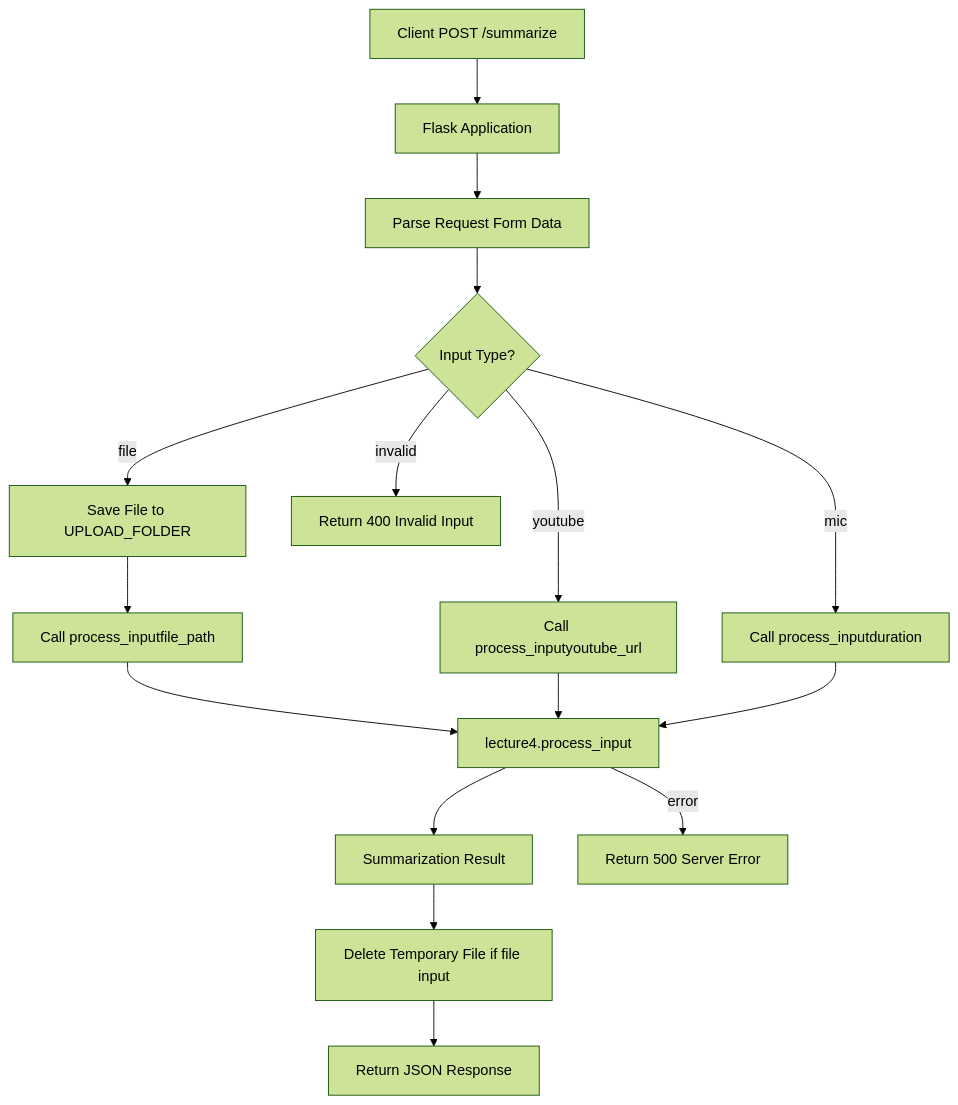
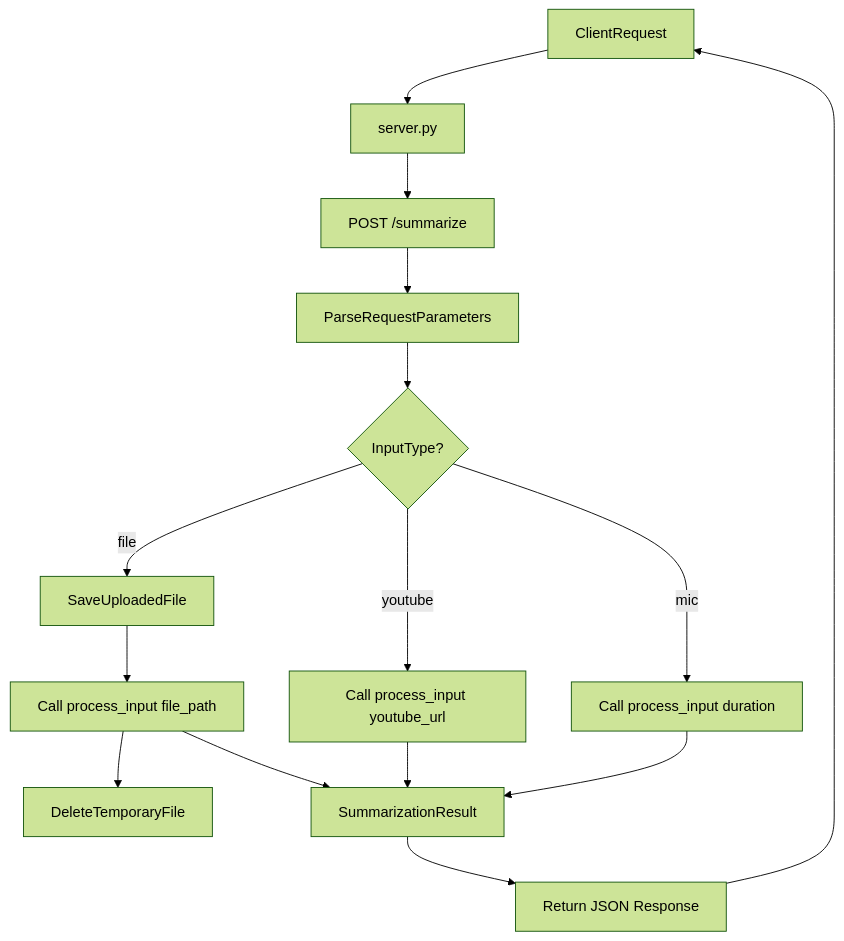
The diagram in docs/server.py.md (test-company-prowiz/Note-Summerizer), drawn with Mermaid (forest theme) before and after one commit. The commit also changed other lines of this file, not shown here.

Commit message:
docs: auto-generated documentation for docs/server.py.md

````diff
--- a/docs/server.py.md
+++ b/docs/server.py.md
@@ -46,18 +49,21 @@
 ```mermaid
 graph TD
-ClientRequest[Client POST /summarize] --> FlaskApp[Flask Application]
-FlaskApp --> RequestParsing[Parse Request Form Data]
-RequestParsing --> InputTypeCheck{Input Type?}
-InputTypeCheck -- file --> FileUpload[Save File to UPLOAD_FOLDER]
-FileUpload --> CallProcessInputFile[Call process_inputfile_path]
-InputTypeCheck -- youtube --> CallProcessInputYouTube[Call process_inputyoutube_url]
-InputTypeCheck -- mic --> CallProcessInputMic[Call process_inputduration]
-CallProcessInputFile --> SummarizationLogic[lecture4.process_input]
-CallProcessInputYouTube --> SummarizationLogic
-CallProcessInputMic --> SummarizationLogic
-SummarizationLogic --> Result[Summarization Result]
-Result --> DeleteTempFile[Delete Temporary File if file input]
-DeleteTempFile --> SendResponse[Return JSON Response]
-InputTypeCheck -- invalid --> InvalidInputError[Return 400 Invalid Input]
-SummarizationLogic -- error --> ServerError[Return 500 Server Error]
+ClientRequest[ClientRequest] --> ServerPython[server.py]
+ServerPython --> SummarizeEndpoint[POST /summarize]
+SummarizeEndpoint --> ParseRequest[ParseRequestParameters]
+ParseRequest --> InputTypeBranch{InputType?}
+
+InputTypeBranch --> |file| SaveFile[SaveUploadedFile]
+SaveFile --> CallProcessInputFile[Call process_input file_path]
+CallProcessInputFile --> DeleteFile[DeleteTemporaryFile]
+
+InputTypeBranch --> |youtube| CallProcessInputYouTube[Call process_input youtube_url]
+InputTypeBranch --> |mic| CallProcessInputMic[Call process_input duration]
+
+CallProcessInputFile --> SummarizationResult[SummarizationResult]
+CallProcessInputYouTube --> SummarizationResult
+CallProcessInputMic --> SummarizationResult
+
+SummarizationResult --> JSONResponse[Return JSON Response]
+JSONResponse --> ClientRequest
 ```
````
